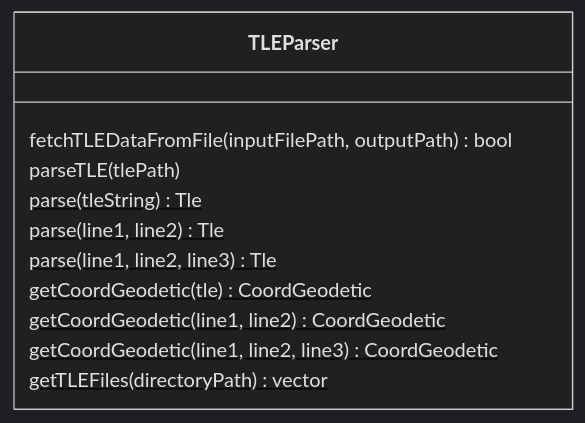
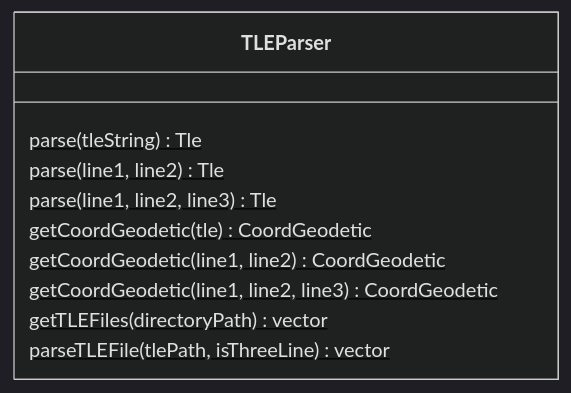
The third of 12 diagrams in README.md (brosenthal140/satellite-coverage-tracker), drawn with Mermaid (dark theme) before and after one commit. The commit also changed other lines of this file and 3 other files, not shown here.

Commit message:
refactor: updates parseTLE() name to parseTLEFile(), changes return type, and adds parameter to distinguish between two-line and three-line elements refactor: moves parseTLEFile() back to the static section docs: updates README.md del: removes fetchTLEDataFromFile() since it duplicates another func

````diff
--- a/README.md
+++ b/README.md
@@ -82,15 +82,13 @@
 ```mermaid
 classDiagram
 class TLEParser {
-    fetchTLEDataFromFile(inputFilePath, outputPath) bool
-    parseTLE(tlePath)
-    
     parse(tleString)$ Tle
     parse(line1, line2)$ Tle
     parse(line1, line2, line3)$ Tle
     getCoordGeodetic(tle)$ CoordGeodetic
     getCoordGeodetic(line1, line2)$ CoordGeodetic
     getCoordGeodetic(line1, line2, line3)$ CoordGeodetic
     getTLEFiles(directoryPath)$ vector<string>
+    parseTLEFile(tlePath, isThreeLine)$ vector<Tle>
 }
 ```
````
